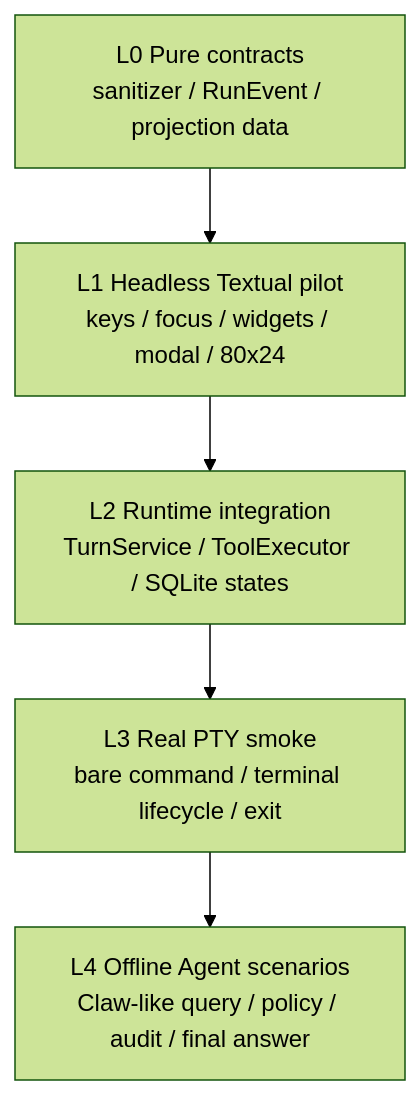
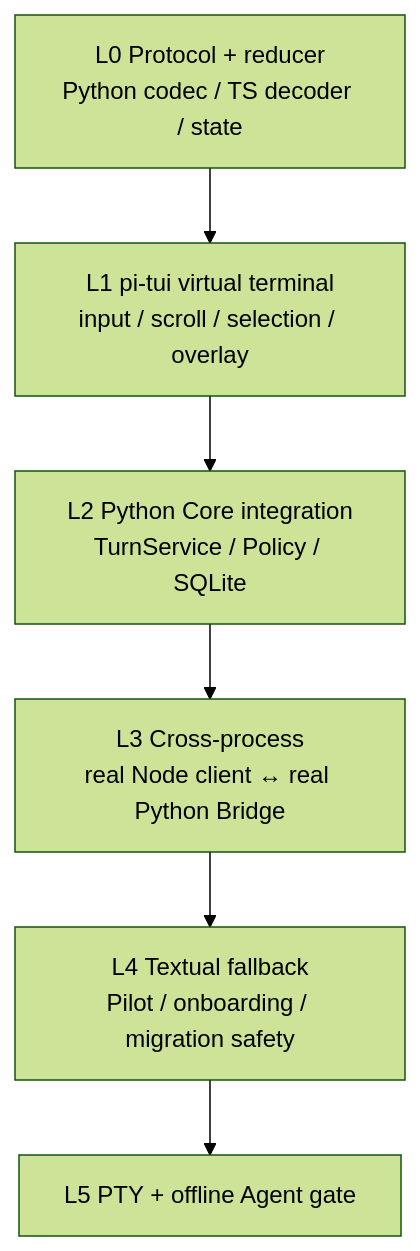
Before and after one commit to NEDONION/lobster0: the first of 3 diagrams in docs/engineering/phase-2/tui-regression-testing.md, drawn with Mermaid (forest theme). The commit also changed other lines of this file and 25 other files, not shown here.

Commit message:
docs(tui): document pi-tui architecture and release gate

````diff
--- a/docs/engineering/phase-2/tui-regression-testing.md
+++ b/docs/engineering/phase-2/tui-regression-testing.md
@@ -24,9 +24,10 @@
 ```mermaid
 flowchart TB
-    L0["L0 Pure contracts<br/>sanitizer / RunEvent / projection data"]
-    L1["L1 Headless Textual pilot<br/>keys / focus / widgets / modal / 80x24"]
-    L2["L2 Runtime integration<br/>TurnService / ToolExecutor / SQLite states"]
-    L3["L3 Real PTY smoke<br/>bare command / terminal lifecycle / exit"]
-    L4["L4 Offline Agent scenarios<br/>Claw-like query / policy / audit / final answer"]
-    L0 --> L1 --> L2 --> L3 --> L4
+    L0["L0 Protocol + reducer<br/>Python codec / TS decoder / state"]
+    L1["L1 pi-tui virtual terminal<br/>input / scroll / selection / overlay"]
+    L2["L2 Python Core integration<br/>TurnService / Policy / SQLite"]
+    L3["L3 Cross-process<br/>real Node client ↔ real Python Bridge"]
+    L4["L4 Textual fallback<br/>Pilot / onboarding / migration safety"]
+    L5["L5 PTY + offline Agent gate"]
+    L0 --> L1 --> L2 --> L3 --> L4 --> L5
 ```
````
